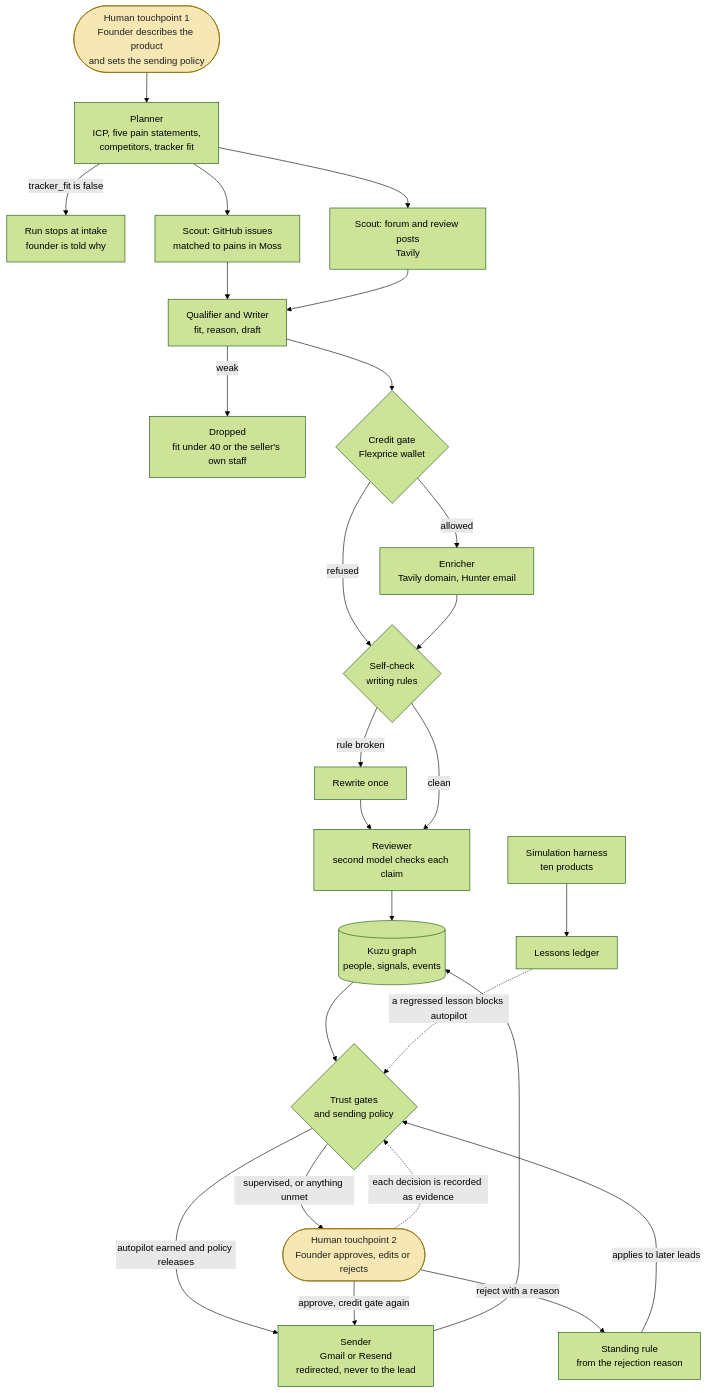
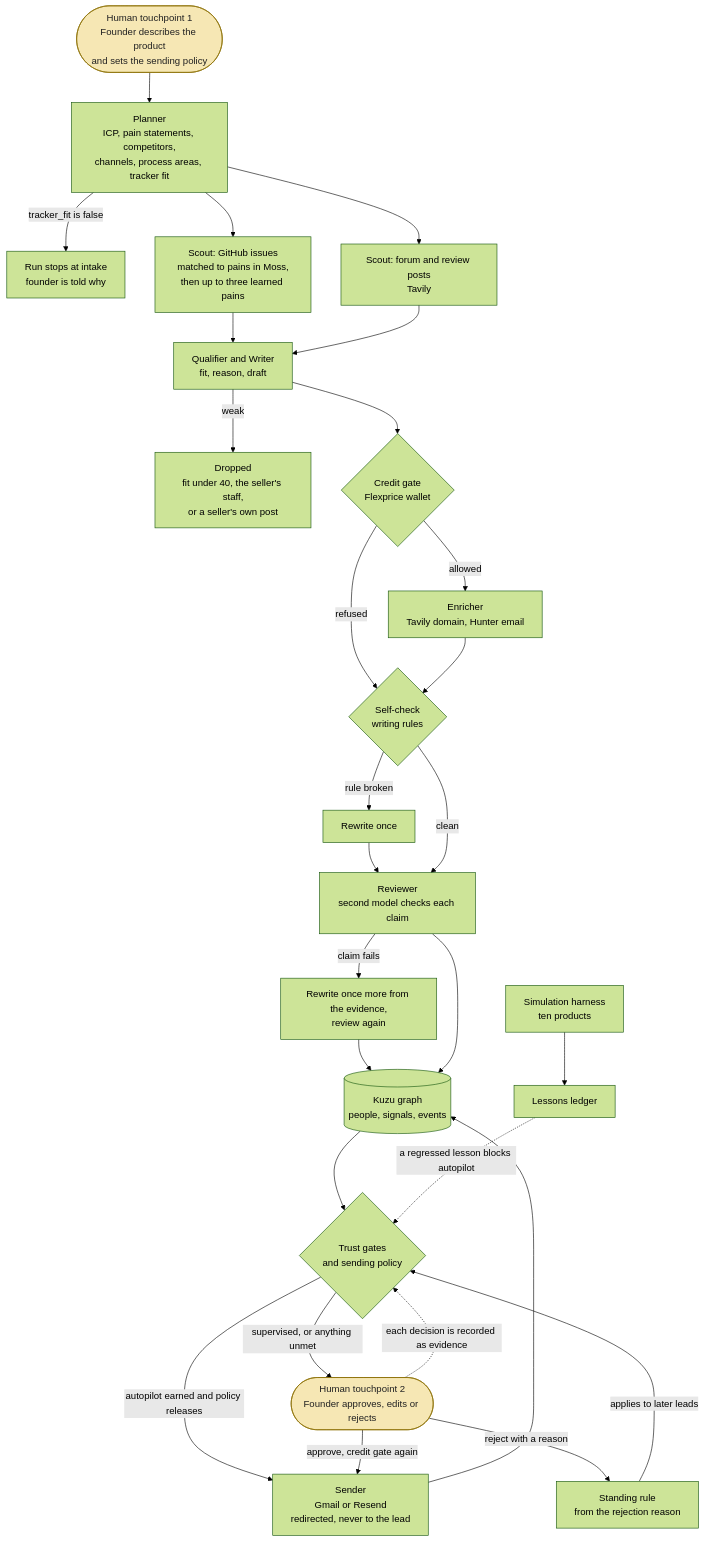
Before and after one commit to vihuynh72/overheard: the diagram in docs/architecture.md, drawn with Mermaid (forest theme). The commit also changed other lines of this file and 12 other files, not shown here.

````diff
--- a/docs/architecture.md
+++ b/docs/architecture.md
@@ -31,50 +32,53 @@
 ```mermaid
 flowchart TD
     H1(["Human touchpoint 1<br/>Founder describes the product<br/>and sets the sending policy"]):::human
-    PLAN["Planner<br/>ICP, five pain statements,<br/>competitors, tracker fit"]
+    PLAN["Planner<br/>ICP, pain statements, competitors,<br/>channels, process areas, tracker fit"]
     STOP["Run stops at intake<br/>founder is told why"]
-    SGH["Scout: GitHub issues<br/>matched to pains in Moss"]
+    SGH["Scout: GitHub issues<br/>matched to pains in Moss,<br/>then up to three learned pains"]
     SWEB["Scout: forum and review posts<br/>Tavily"]
     QW["Qualifier and Writer<br/>fit, reason, draft"]
-    DROP["Dropped<br/>fit under 40 or the seller's own staff"]
+    DROP["Dropped<br/>fit under 40, the seller's staff,<br/>or a seller's own post"]
     CREDIT{"Credit gate<br/>Flexprice wallet"}
     ENR["Enricher<br/>Tavily domain, Hunter email"]
     CHECK{"Self-check<br/>writing rules"}
     REWRITE["Rewrite once"]
+    REPAIR["Rewrite once more from the evidence,<br/>review again"]
     REV["Reviewer<br/>second model checks each claim"]
     GATE{"Trust gates<br/>and sending policy"}
     HUMAN(["Human touchpoint 2<br/>Founder approves, edits or rejects"]):::human
     RULE["Standing rule<br/>from the rejection reason"]
     SEND["Sender<br/>Gmail or Resend<br/>redirected, never to the lead"]
     GRAPH[("Kuzu graph<br/>people, signals, events")]
     SIM["Simulation harness<br/>ten products"]
     LESS["Lessons ledger"]
 
     H1 --> PLAN
     PLAN -->|"tracker_fit is false"| STOP
     PLAN --> SGH
     PLAN --> SWEB
     SGH --> QW
     SWEB --> QW
     QW -->|"weak"| DROP
     QW --> CREDIT
     CREDIT -->|"allowed"| ENR
     CREDIT -->|"refused"| CHECK
     ENR --> CHECK
     CHECK -->|"rule broken"| REWRITE
     REWRITE --> REV
     CHECK -->|"clean"| REV
+    REV -->|"claim fails"| REPAIR
+    REPAIR --> GRAPH
     REV --> GRAPH
     GRAPH --> GATE
     GATE -->|"supervised, or anything unmet"| HUMAN
     GATE -->|"autopilot earned and policy releases"| SEND
     HUMAN -->|"approve, credit gate again"| SEND
     HUMAN -->|"reject with a reason"| RULE
     RULE -->|"applies to later leads"| GATE
     HUMAN -.->|"each decision is recorded as evidence"| GATE
     SEND --> GRAPH
     SIM --> LESS
     LESS -.->|"a regressed lesson blocks autopilot"| GATE
 
     classDef human fill:#f6e7b4,stroke:#8a6d00,color:#222
 ```
````
